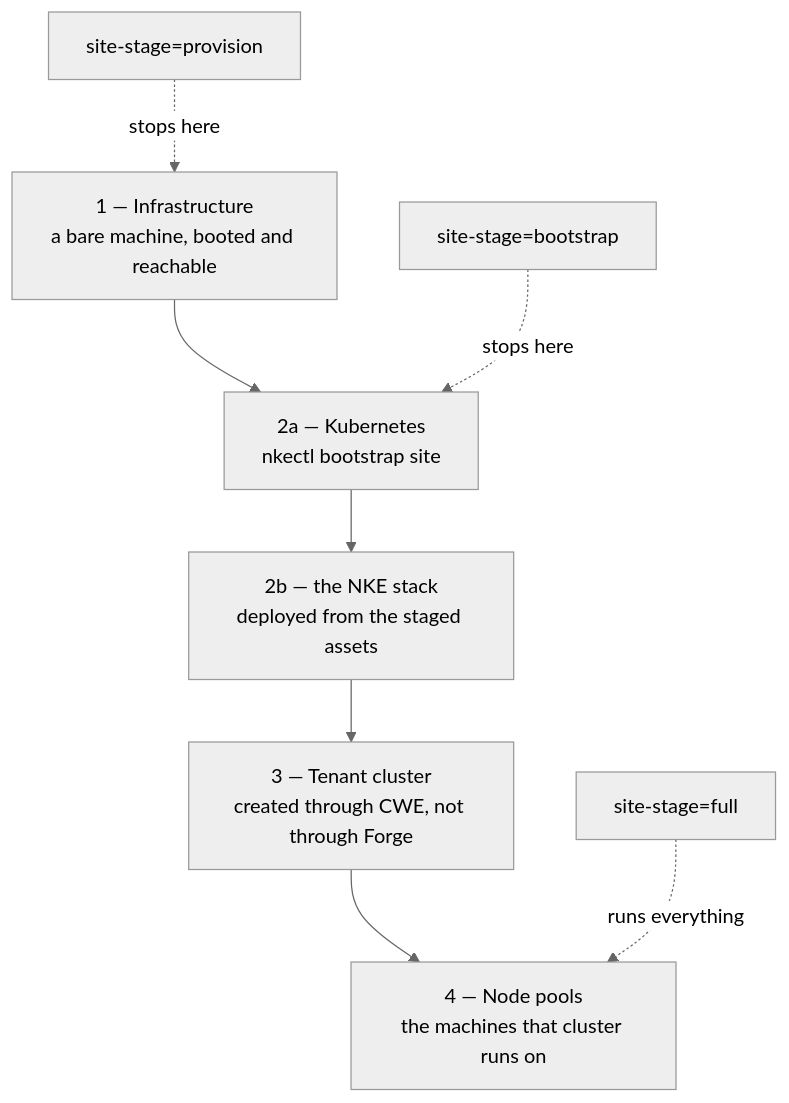
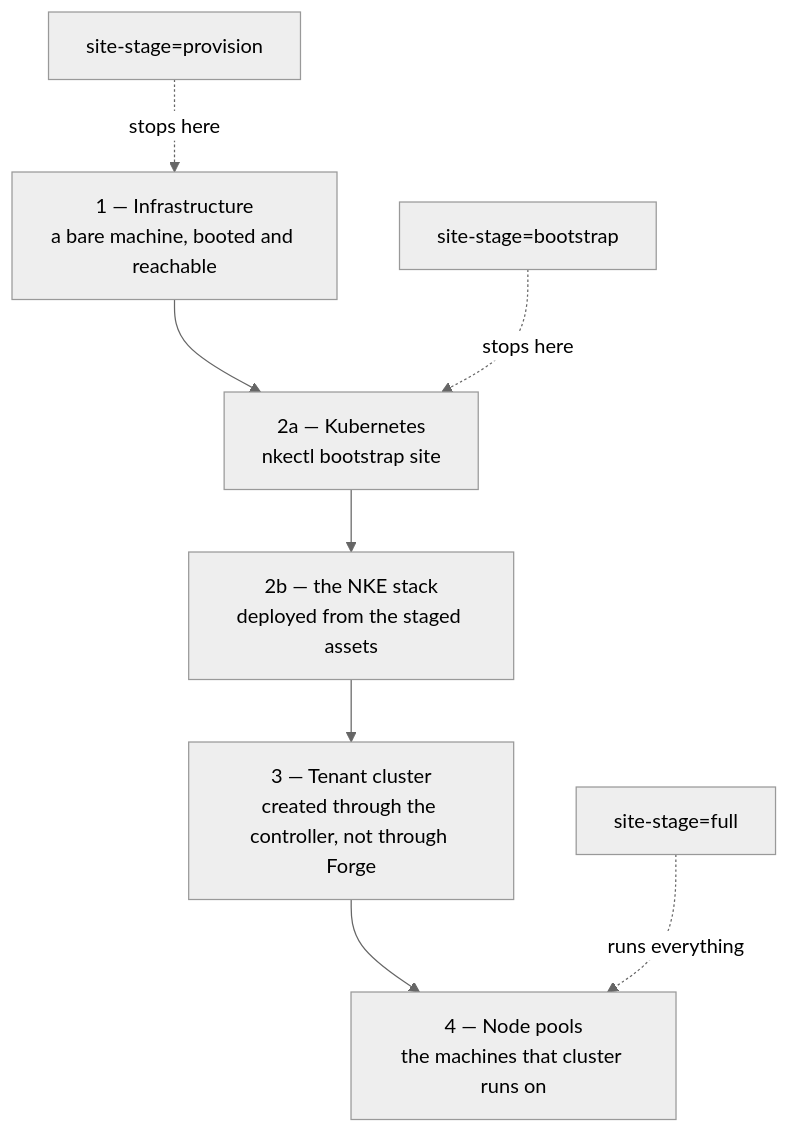
Before and after one commit to dsx-ai-factory/nvke: the first of 5 diagrams in docs/qualification/hardware-lane.md, drawn with Mermaid (neutral theme). The commit also changed other lines of this file and 10 other files, not shown here.

Commit message:
docs: say controller, not CWE, in the published pages

````diff
--- a/docs/qualification/hardware-lane.md
+++ b/docs/qualification/hardware-lane.md
@@ -49,14 +49,14 @@
 ```mermaid
 flowchart TB
     S1["1 — Infrastructure<br/>a bare machine, booted and reachable"]
     S2K["2a — Kubernetes<br/>nkectl bootstrap site"]
     S2N["2b — the NKE stack<br/>deployed from the staged assets"]
-    S3["3 — Tenant cluster<br/>created through CWE, not through Forge"]
+    S3["3 — Tenant cluster<br/>created through the controller, not through Forge"]
     S4["4 — Node pools<br/>the machines that cluster runs on"]
 
     S1 --> S2K --> S2N --> S3 --> S4
 
     P["site-stage=provision"] -.->|stops here| S1
     B["site-stage=bootstrap"] -.->|stops here| S2K
     F["site-stage=full"] -.->|runs everything| S4
 ```
````
